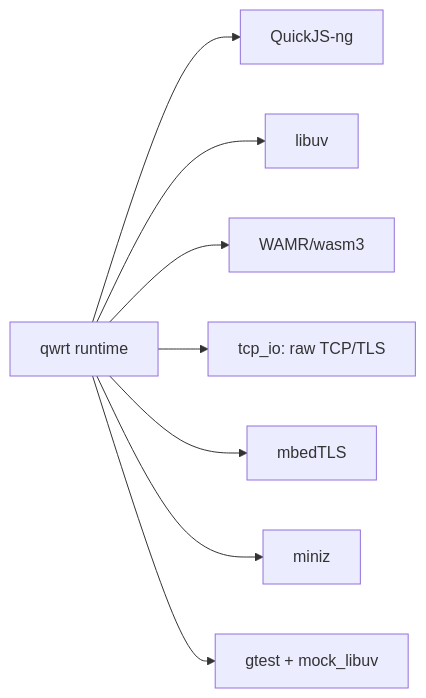
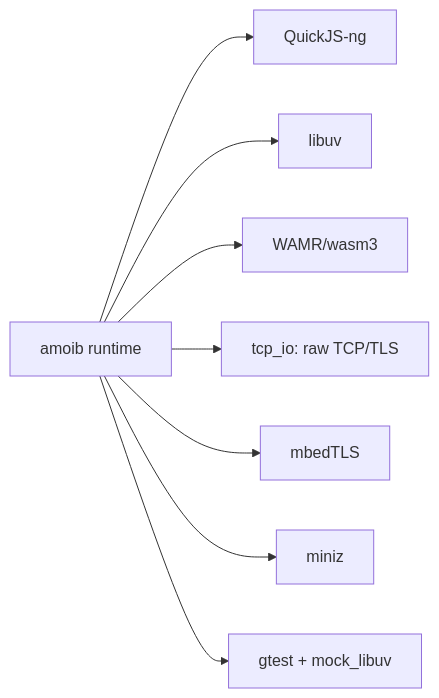
Before and after one commit to adam-ikari/qwrt: the diagram in brain/stack.md, drawn with Mermaid. The commit also changed 357 other files, not shown here.

First line of the commit message:
chore: 项目改名为 amoib（Amoib.js）—— API 前缀 qwrt_→am_，宏 QWRT_→AM_

````diff
--- a/brain/stack.md
+++ b/brain/stack.md
@@ -25,10 +25,10 @@
 ```mermaid
 graph LR
-  D[qwrt runtime] --> E[QuickJS-ng]
+  D[amoib runtime] --> E[QuickJS-ng]
   D --> L[libuv]
   D --> X[WAMR/wasm3]
   D --> H[tcp_io: raw TCP/TLS]
   D --> C[mbedTLS]
   D --> M[miniz]
   D --> T[gtest + mock_libuv]
 ```
````
